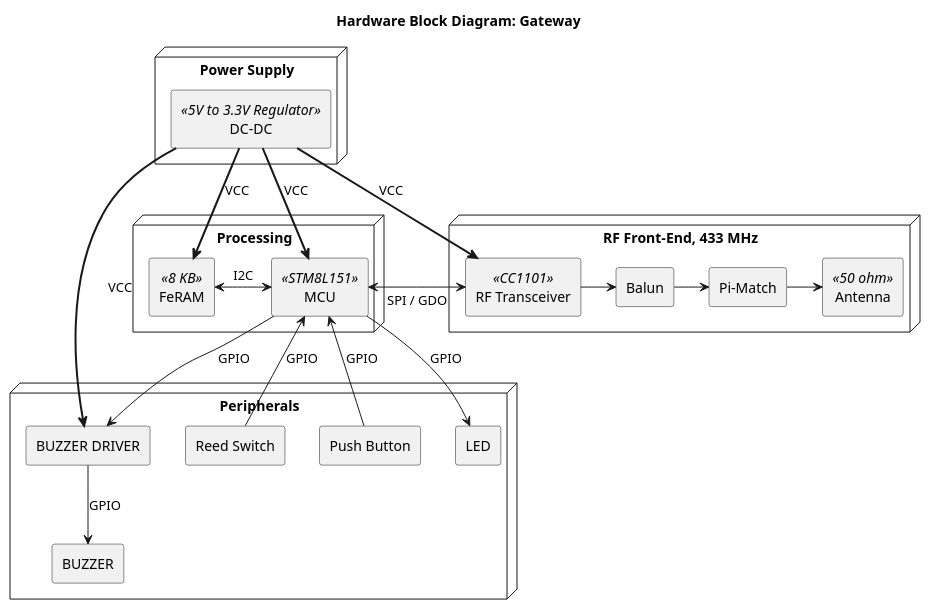
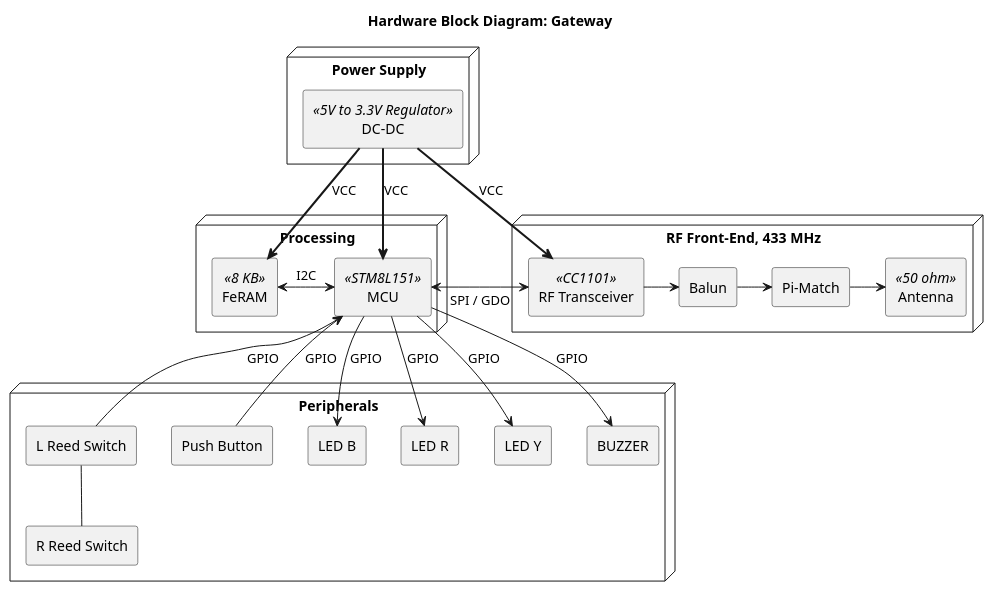
One commit to npeixoto64/ExitGuardian changed the diagram in docs/architecture/diagrams/gateway_hw_arch.puml. Above: the diagram before and after it, drawn with PlantUML. The commit also changed 1 other file, not shown here.

```diff
--- a/docs/architecture/diagrams/gateway_hw_arch.puml
+++ b/docs/architecture/diagrams/gateway_hw_arch.puml
@@ -1,55 +1,58 @@
 @startuml
 title Hardware Block Diagram: Gateway
 
 ' --- Style ---
 skinparam componentStyle rectangle
 skinparam monochrome true
 
 ' --- Components ---
 node "Power Supply" {
     [DC-DC] as PWR << 5V to 3.3V Regulator >>
 }
 
 node "Processing" {
     [MCU] as CTRL << STM8L151 >>
     [FeRAM] as FERM << 8 KB >>
 }
 
 node "RF Front-End, 433 MHz" {
     [RF Transceiver] as RF_CHIP << CC1101 >>
     [Balun] as BAL
     [Pi-Match] as PI_NET
     [Antenna] as ANT << 50 ohm >>
 }
 
 node "Peripherals" {
-    [Reed Switch] as REED
+    [L Reed Switch] as REEDL
+    [R Reed Switch] as REEDR
     [Push Button] as BTN
-    [LED] as STATUS_LED
-    [BUZZER DRIVER] as BZR_DRV
+    [LED B] as LED_B
+    [LED R] as LED_R
+    [LED Y] as LED_Y
     [BUZZER] as BZR
 }
 
 ' --- Connections ---
 
 ' Power Distribution (Parallel connection from Power node)
 PWR -[bold]-> CTRL : VCC
 PWR -[bold]-> RF_CHIP : VCC
 PWR -[bold]-> FERM : VCC
-PWR -left[bold]-> BZR_DRV : VCC
 
 ' Logic/Signals
 CTRL <-left-> FERM : I2C
 CTRL <-> RF_CHIP : SPI / GDO
-REED -up-> CTRL : GPIO
+REEDR -up- REEDL
+REEDL -up-> CTRL : GPIO
 BTN -up-> CTRL : GPIO
-STATUS_LED <-up- CTRL : GPIO
-BZR_DRV <-up- CTRL : GPIO
-BZR <-up- BZR_DRV : GPIO
+LED_B <-up- CTRL : GPIO
+LED_R <-up- CTRL : GPIO
+LED_Y <-up- CTRL : GPIO
+BZR <-up- CTRL : GPIO
 
 ' RF Path
 RF_CHIP -right-> BAL
 BAL -right-> PI_NET
 PI_NET -right-> ANT
 
 @enduml
```
